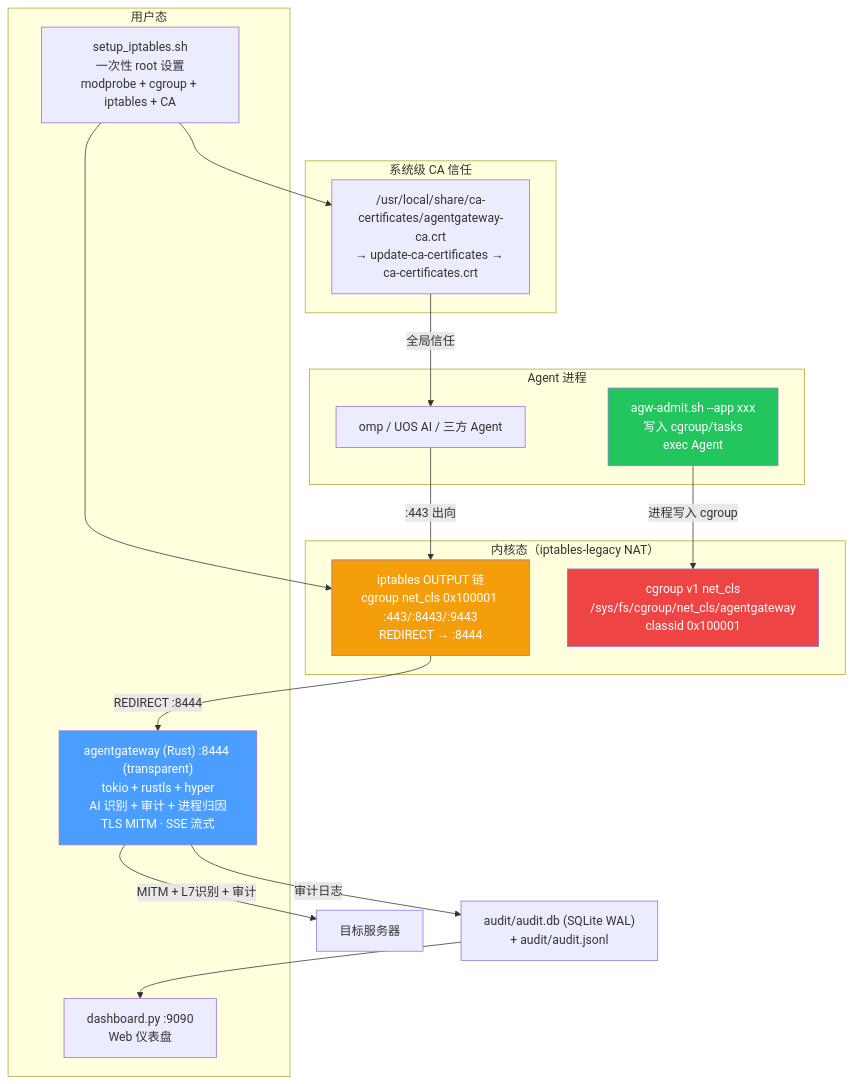
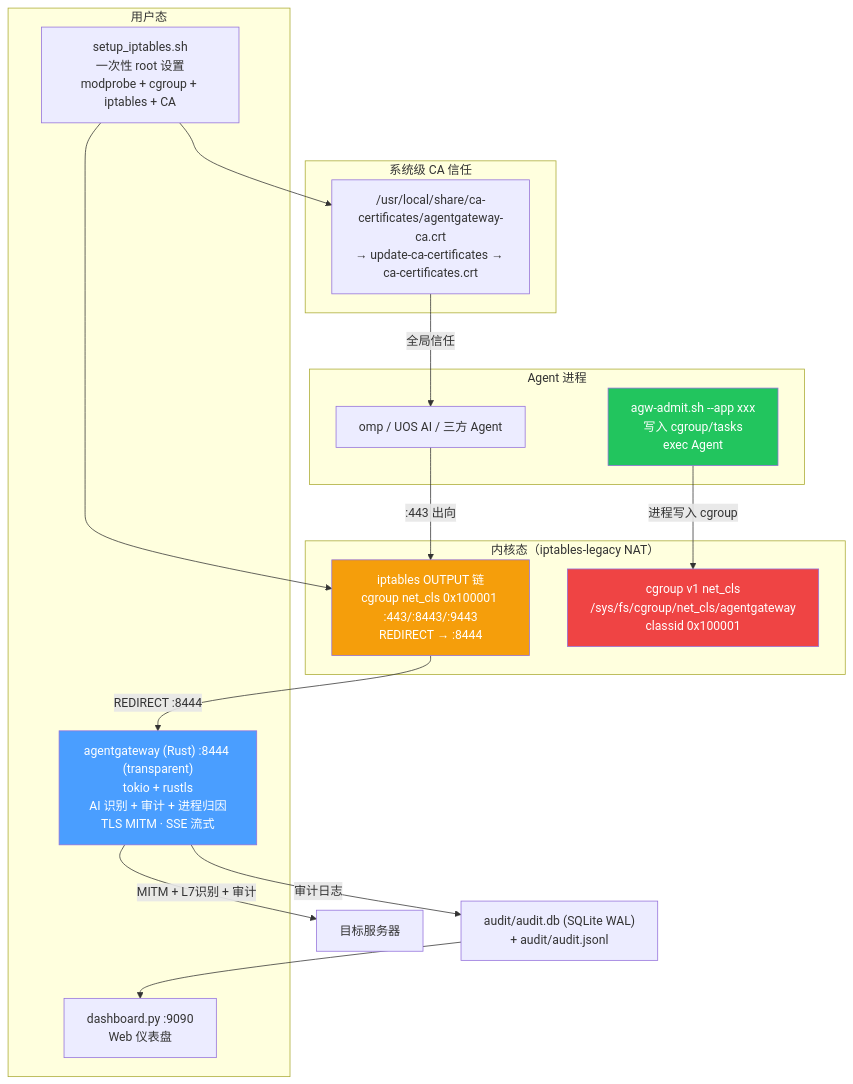
One commit to eric2023/agentgateway changed the diagram in README.md. Above: the diagram before and after it, drawn with Mermaid. The commit also changed other lines of this file and 2 other files, not shown here.

First line of the commit message:
fix: sixth-round review — remove duplicate doc comment, fix README hyper refs

````diff
--- a/README.md
+++ b/README.md
@@ -11,37 +11,37 @@
 ```mermaid
 graph TB
     subgraph 内核态["内核态（iptables-legacy NAT）"]
         NFT["iptables OUTPUT 链<br/>cgroup net_cls 0x100001 :443/:8443/:9443<br/>REDIRECT → :8444"]
         CG["cgroup v1 net_cls<br/>/sys/fs/cgroup/net_cls/agentgateway<br/>classid 0x100001"]
     end
 
     subgraph 用户态["用户态"]
-        TP["agentgateway (Rust) :8444 (transparent)<br/>tokio + rustls + hyper<br/>AI 识别 + 审计 + 进程归因<br/>TLS MITM · SSE 流式"]
+        TP["agentgateway (Rust) :8444 (transparent)<br/>tokio + rustls<br/>AI 识别 + 审计 + 进程归因<br/>TLS MITM · SSE 流式"]
         DASH["dashboard.py :9090<br/>Web 仪表盘"]
         SETUP["setup_iptables.sh<br/>一次性 root 设置<br/>modprobe + cgroup + iptables + CA"]
     end
 
     subgraph Agent["Agent 进程"]
         A1["omp / UOS AI / 三方 Agent"]
         TE["agw-admit.sh --app xxx<br/>写入 cgroup/tasks<br/>exec Agent"]
     end
 
     subgraph CA["系统级 CA 信任"]
         SYS["/usr/local/share/ca-certificates/agentgateway-ca.crt<br/>→ update-ca-certificates → ca-certificates.crt"]
     end
 
     TE -->|"进程写入 cgroup"| CG
     A1 -->|":443 出向"| NFT
     NFT -->|"REDIRECT :8444"| TP
     TP -->|"MITM + L7识别 + 审计"| 远程["目标服务器"]
     TP -->|"审计日志"| LOG["audit/audit.db (SQLite WAL)<br/>+ audit/audit.jsonl"]
     LOG --> DASH
     SYS -->|"全局信任"| A1
     SETUP --> NFT
     SETUP --> SYS
 
     style NFT fill:#f59e0b,color:#fff
     style TP fill:#4a9eff,color:#fff
     style TE fill:#22c55e,color:#fff
     style CG fill:#ef4444,color:#fff
 ```
````
